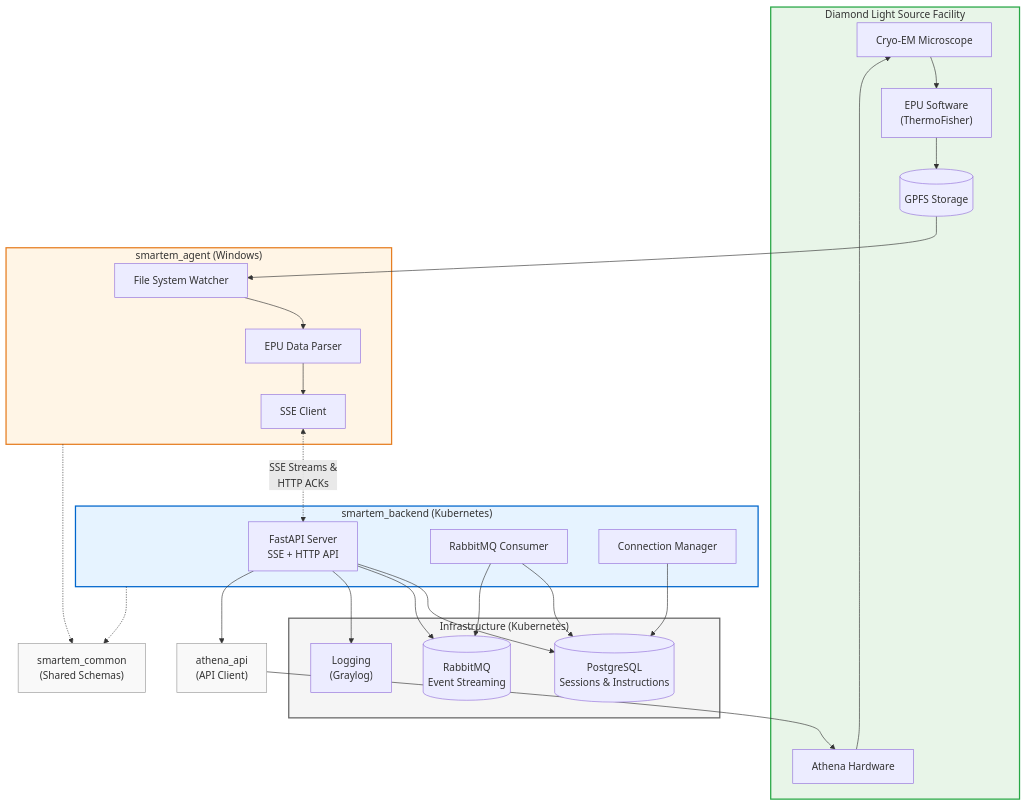
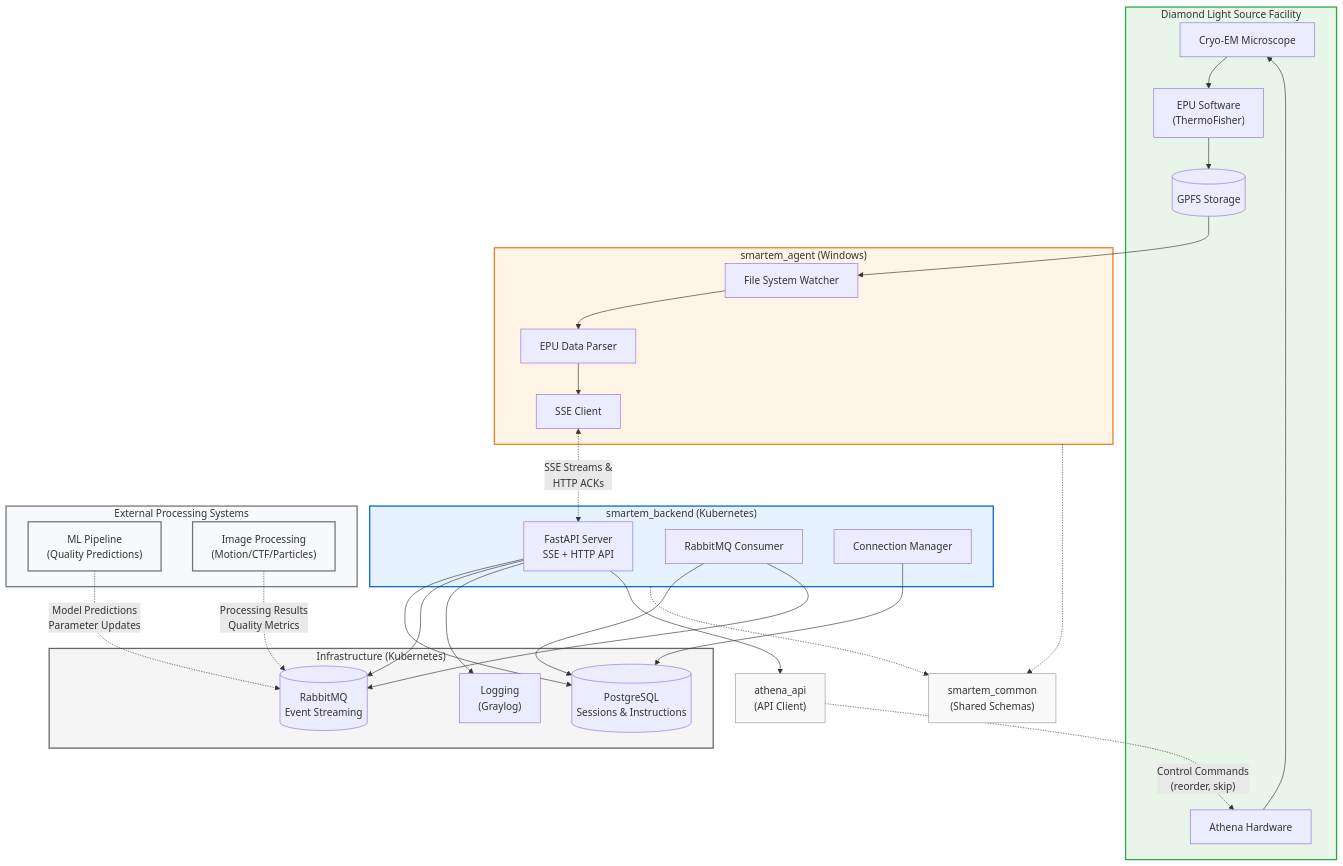
One commit to DiamondLightSource/smartem-decisions changed the diagram in README.md. Above: the diagram before and after it, drawn with Mermaid. The commit also changed other lines of this file and 6 other files, not shown here.

First line of the commit message:
Implement external message processing and SSE agent instructions

````diff
--- a/README.md
+++ b/README.md
@@ -79,6 +79,15 @@
     fs_watcher --> fs_parser
     fs_parser --> sse_client
 
+    %% External Processing → RabbitMQ → Backend
+    subgraph external["External Processing Systems"]
+        ml_pipeline["ML Pipeline<br/>(Quality Predictions)"]
+        image_proc["Image Processing<br/>(Motion/CTF/Particles)"]
+    end
+
+    ml_pipeline -.->|"Model Predictions<br/>Parameter Updates"| mq
+    image_proc -.->|"Processing Results<br/>Quality Metrics"| mq
+
     %% Backend Communication
     sse_client <-.->|"SSE Streams &<br/>HTTP ACKs"| api_server
 
@@ -92,7 +101,7 @@
 
     %% External Integration
     api_server --> athena_api
-    athena_api --> athena_hw
+    athena_api -.->|"Control Commands<br/>(reorder, skip)"| athena_hw
 
     %% Package Dependencies
     backend -.-> common
@@ -104,10 +113,12 @@
     classDef backend fill:#e6f3ff,stroke:#0066cc,stroke-width:2px
     classDef infra fill:#f5f5f5,stroke:#666,stroke-width:2px
     classDef packages fill:#f9f9f9,stroke:#999,stroke-width:1px
+    classDef external fill:#f8f9fa,stroke:#6c757d,stroke-width:2px
 
     class facility facility
     class agent agent
     class backend backend
     class infra infra
     class common,athena_api packages
+    class external,ml_pipeline,image_proc external
 ```
````
